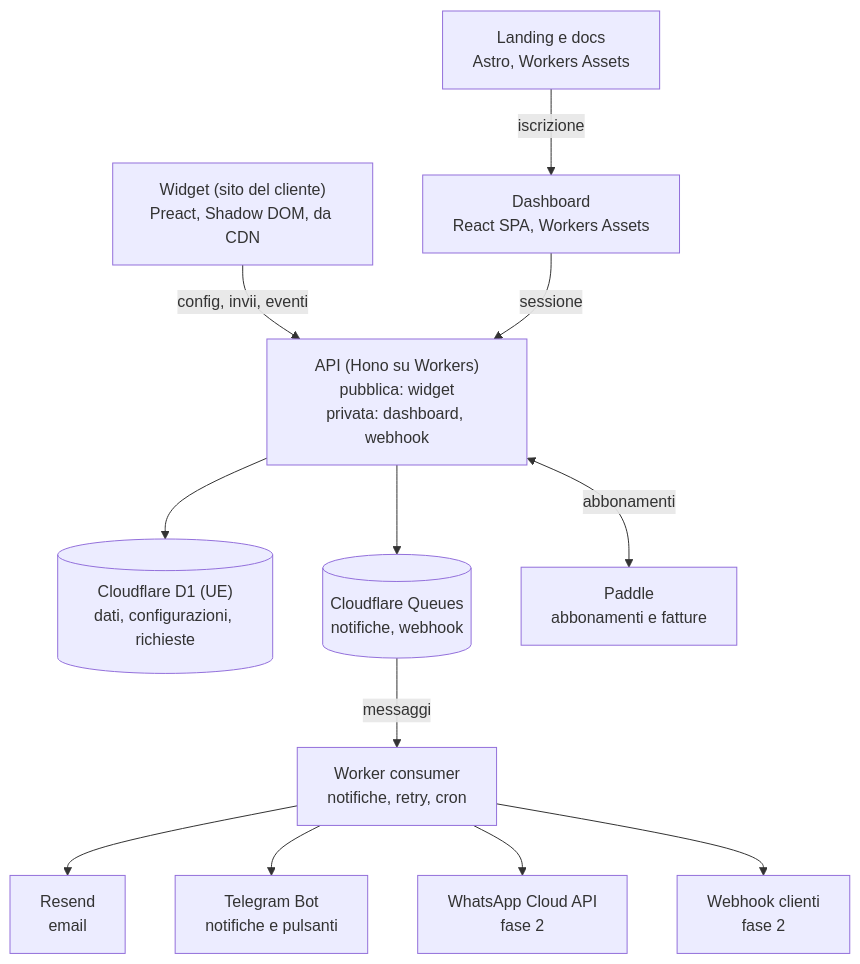
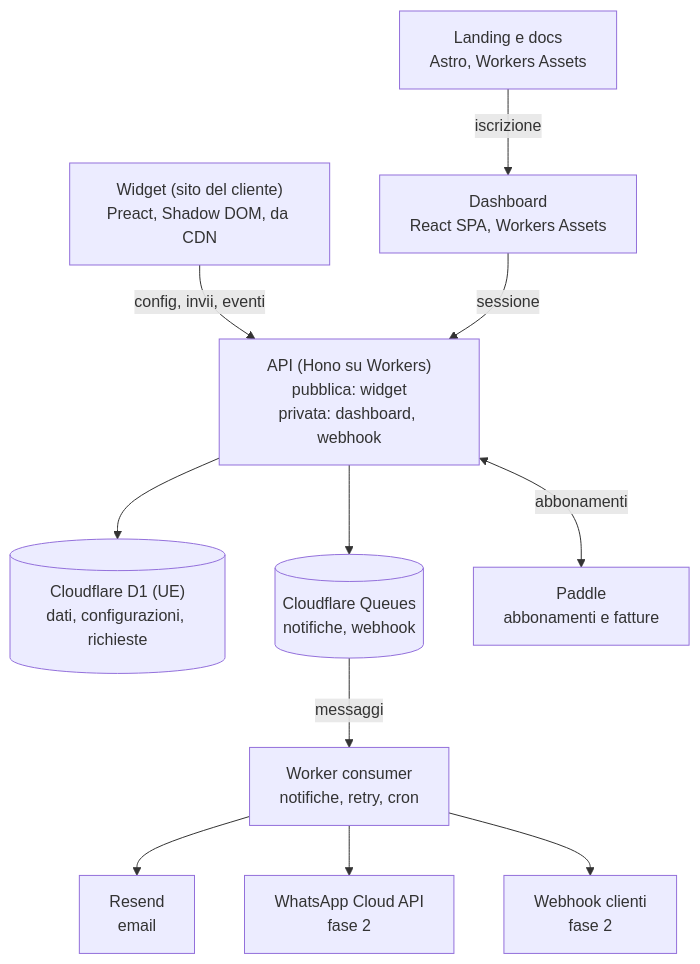
One commit to OscarIuliano/snippo changed the second of 2 diagrams in docs/documentazione-progetto.md. Above: the diagram before and after it, drawn with Mermaid. The commit also changed other lines of this file and 2 other files, not shown here.

First line of the commit message:
docs: rimuove Telegram dai canali di notifica

````diff
--- a/docs/documentazione-progetto.md
+++ b/docs/documentazione-progetto.md
@@ -173,27 +173,25 @@
 ```mermaid
 flowchart TB
     W["Widget (sito del cliente)<br/>Preact, Shadow DOM, da CDN"]
     D["Dashboard<br/>React SPA, Workers Assets"]
     L["Landing e docs<br/>Astro, Workers Assets"]
     API["API (Hono su Workers)<br/>pubblica: widget<br/>privata: dashboard, webhook"]
     DB[("Cloudflare D1 (UE)<br/>dati, configurazioni, richieste")]
     Q[("Cloudflare Queues<br/>notifiche, webhook")]
     WK["Worker consumer<br/>notifiche, retry, cron"]
     P["Paddle<br/>abbonamenti e fatture"]
     RS["Resend<br/>email"]
-    TG["Telegram Bot<br/>notifiche e pulsanti"]
     WA["WhatsApp Cloud API<br/>fase 2"]
     WH["Webhook clienti<br/>fase 2"]
 
     L -- iscrizione --> D
     W -- "config, invii, eventi" --> API
     D -- sessione --> API
     API --> DB
     API --> Q
     API <-- abbonamenti --> P
     Q -- messaggi --> WK
     WK --> RS
-    WK --> TG
     WK --> WA
     WK --> WH
 ```
````
